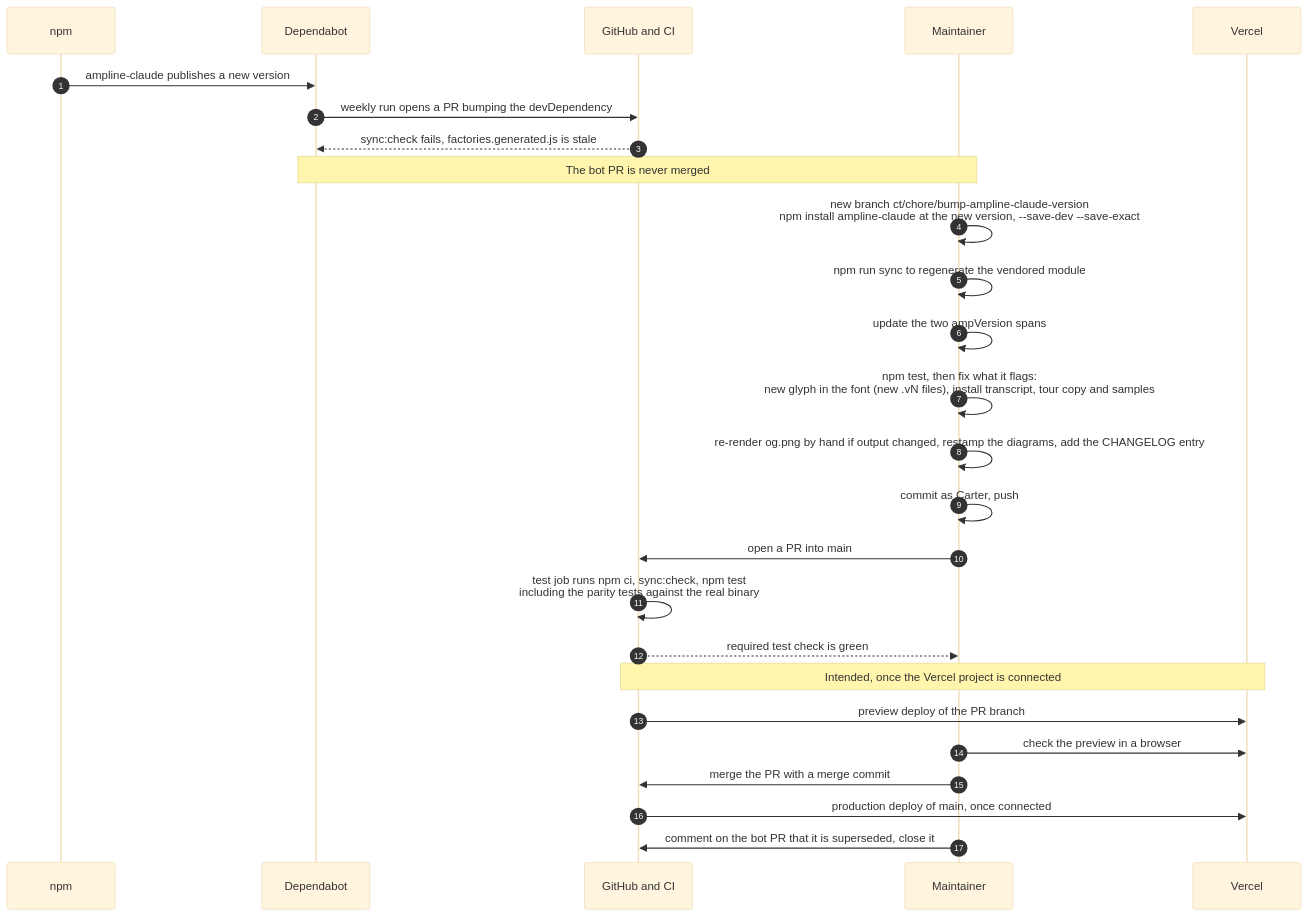
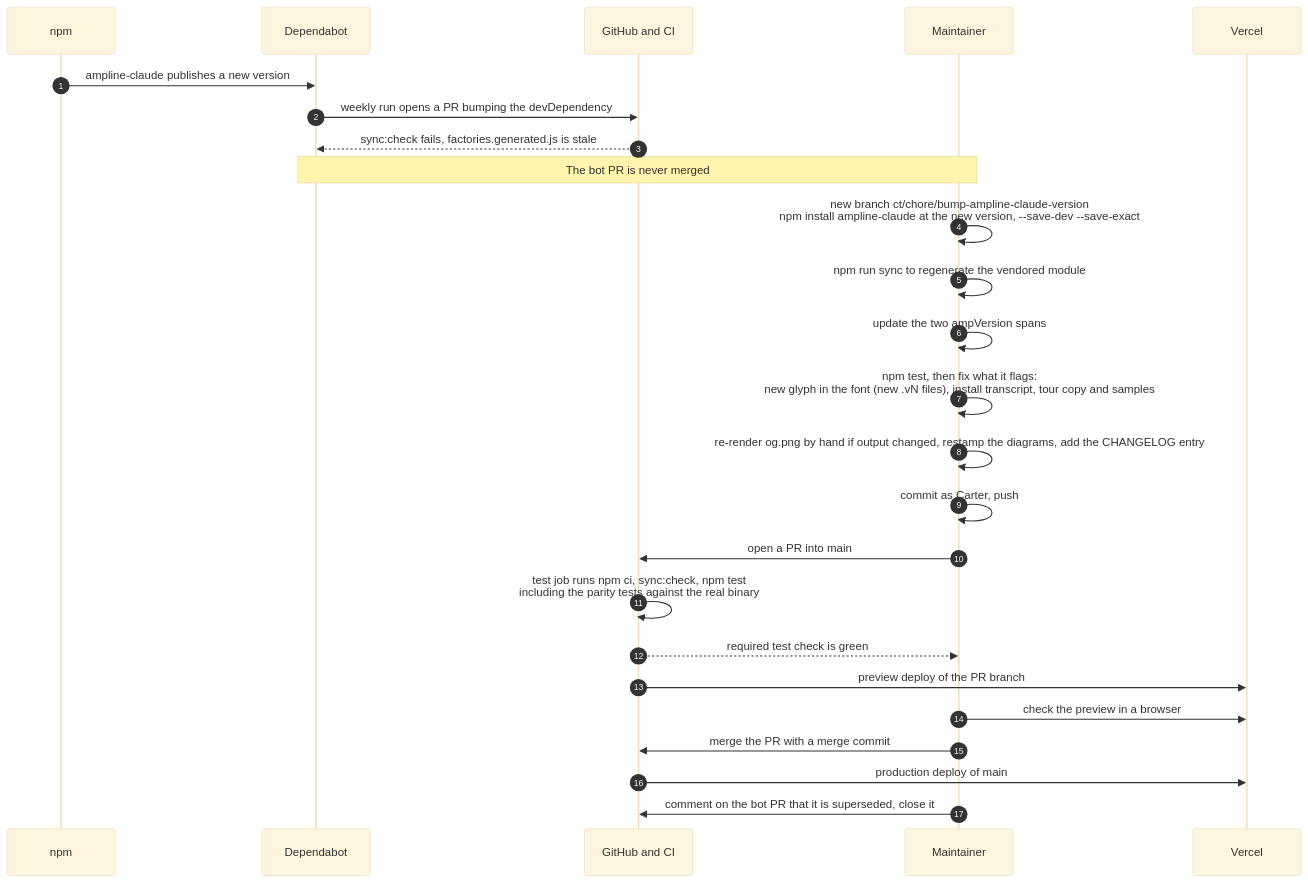
Before and after one commit to carterptull/ampline-website: the diagram in diagrams/release-sync.md, drawn with Mermaid (base theme). The commit also changed other lines of this file and 6 other files, not shown here.

````diff
--- a/diagrams/release-sync.md
+++ b/diagrams/release-sync.md
@@ -12,29 +12,28 @@
 ```mermaid
 sequenceDiagram
     autonumber
     participant NPM as npm
     participant DEP as Dependabot
     participant GH as GitHub and CI
     participant ME as Maintainer
     participant VER as Vercel
 
     NPM->>DEP: ampline-claude publishes a new version
     DEP->>GH: weekly run opens a PR bumping the devDependency
     GH-->>DEP: sync:check fails, factories.generated.js is stale
     Note over DEP,ME: The bot PR is never merged
     ME->>ME: new branch ct/chore/bump-ampline-claude-version<br/>npm install ampline-claude at the new version, --save-dev --save-exact
     ME->>ME: npm run sync to regenerate the vendored module
     ME->>ME: update the two ampVersion spans
     ME->>ME: npm test, then fix what it flags:<br/>new glyph in the font (new .vN files), install transcript, tour copy and samples
     ME->>ME: re-render og.png by hand if output changed, restamp the diagrams, add the CHANGELOG entry
     ME->>ME: commit as Carter, push
     ME->>GH: open a PR into main
     GH->>GH: test job runs npm ci, sync:check, npm test<br/>including the parity tests against the real binary
     GH-->>ME: required test check is green
-    Note over GH,VER: Intended, once the Vercel project is connected
     GH->>VER: preview deploy of the PR branch
     ME->>VER: check the preview in a browser
     ME->>GH: merge the PR with a merge commit
-    GH->>VER: production deploy of main, once connected
+    GH->>VER: production deploy of main
     ME->>GH: comment on the bot PR that it is superseded, close it
 ```
````
